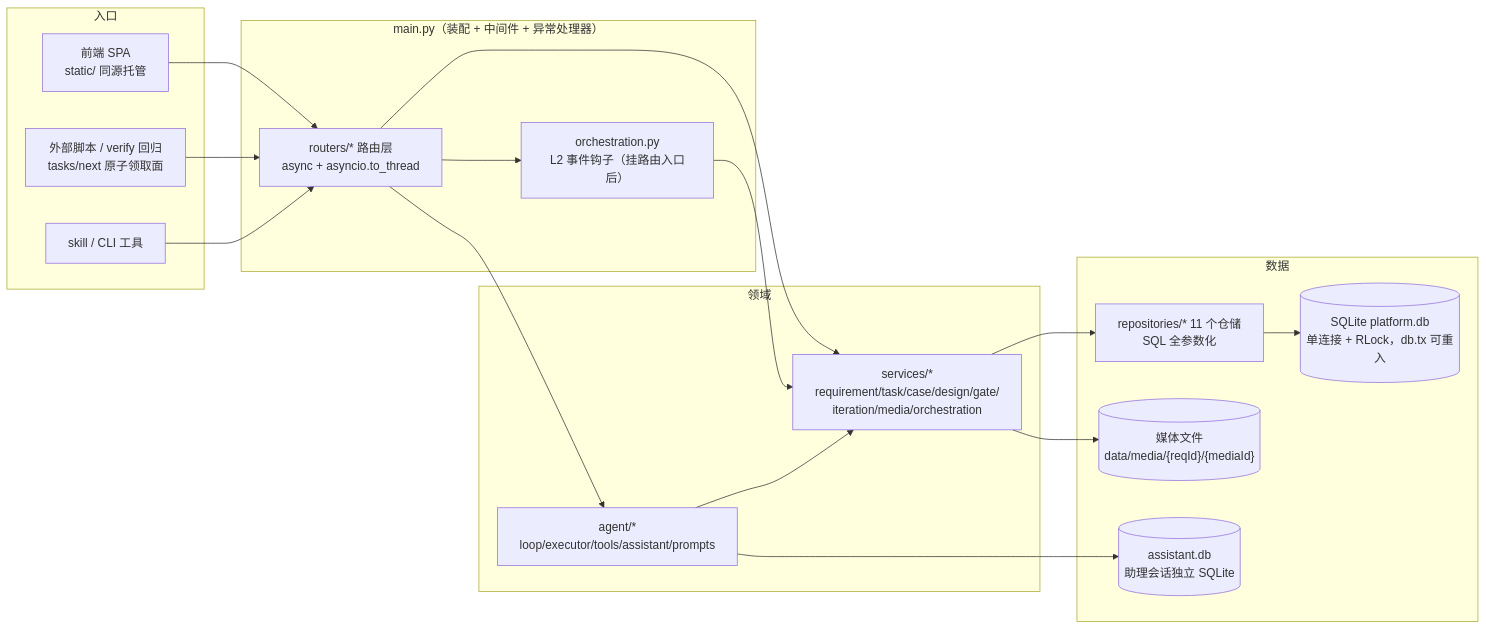
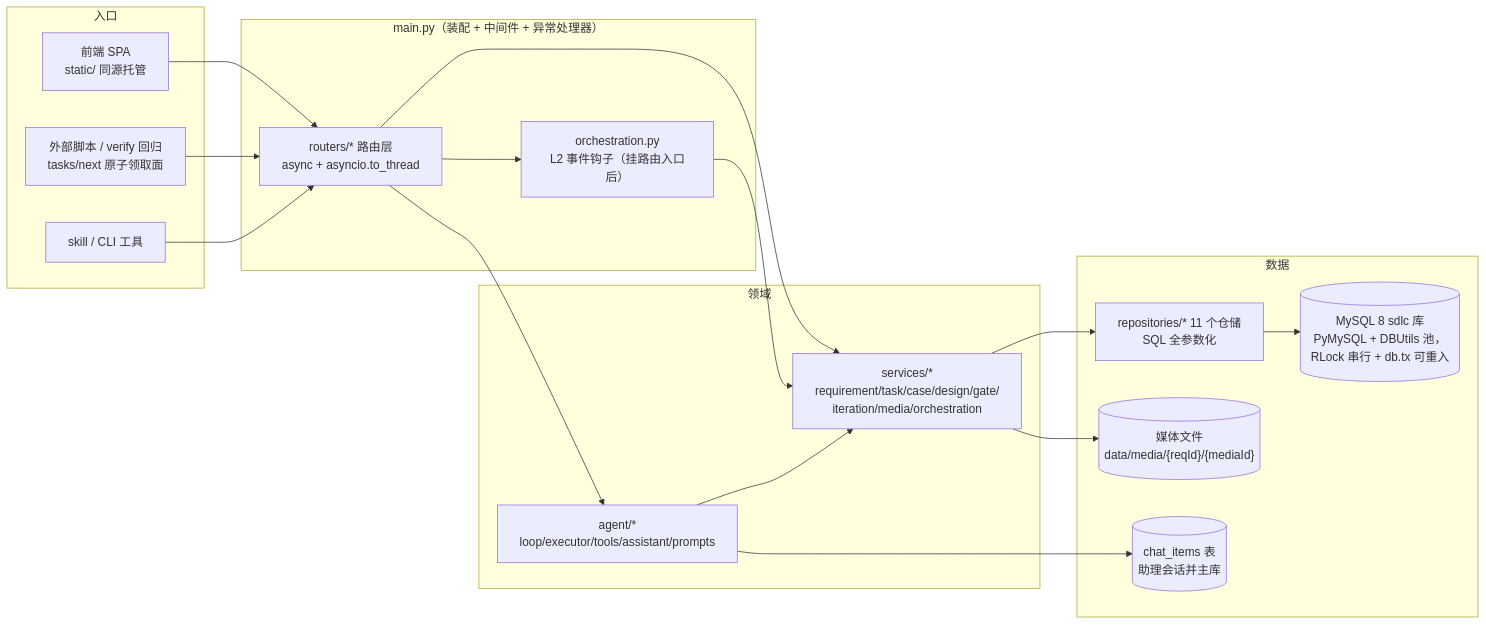
One commit to TsCarpe/sdlc-platform-server changed the first of 10 diagrams in docs/ER图与业务流程.md. Above: the diagram before and after it, drawn with Mermaid. The commit also changed other lines of this file and 8 other files, not shown here.

````diff
--- a/docs/ER图与业务流程.md
+++ b/docs/ER图与业务流程.md
@@ -38,34 +38,34 @@
 ```mermaid
 flowchart LR
     subgraph 入口
         WEB[前端 SPA<br/>static/ 同源托管]
         EXT[外部脚本 / verify 回归<br/>tasks/next 原子领取面]
         SKILL[skill / CLI 工具]
     end
     subgraph 应用["main.py（装配 + 中间件 + 异常处理器）"]
         RT[routers/* 路由层<br/>async + asyncio.to_thread]
         ORCH[orchestration.py<br/>L2 事件钩子（挂路由入口后）]
     end
     subgraph 领域
         SVC[services/*<br/>requirement/task/case/design/gate/<br/>iteration/media/orchestration]
         AGENT[agent/*<br/>loop/executor/tools/assistant/prompts]
     end
     subgraph 数据
         REPO[repositories/* 11 个仓储<br/>SQL 全参数化]
-        DB[(SQLite platform.db<br/>单连接 + RLock，db.tx 可重入)]
+        DB[(MySQL 8 sdlc 库<br/>PyMySQL + DBUtils 池，RLock 串行 + db.tx 可重入)]
         MEDIA[("媒体文件<br/>data/media/{reqId}/{mediaId}")]
-        ASSIST[(assistant.db<br/>助理会话独立 SQLite)]
+        ASSIST[(chat_items 表<br/>助理会话并主库)]
     end
     WEB --> RT
     EXT --> RT
     SKILL --> RT
     RT --> SVC
     RT --> ORCH
     ORCH --> SVC
     RT --> AGENT
     AGENT --> SVC
     SVC --> REPO
     SVC --> MEDIA
     AGENT --> ASSIST
     REPO --> DB
 ```
````
